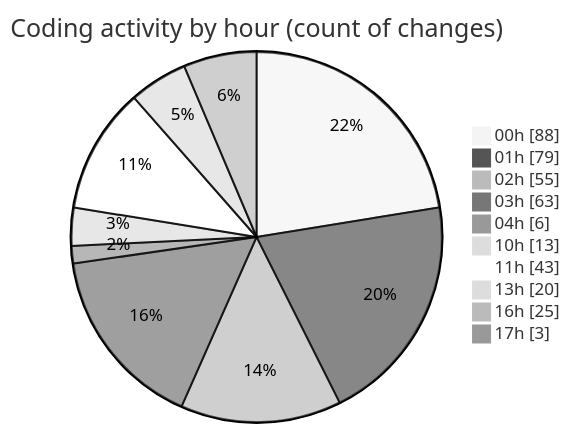
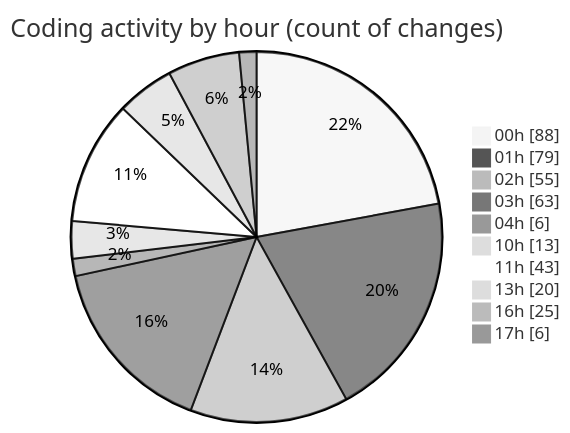
The second of 2 diagrams in 2025-08-16/rentotp/README.md (lephambinh05/code-tracking), drawn with Mermaid (neutral theme) before and after one commit. The commit also changed other lines of this file and 1 other file, not shown here.

````diff
--- a/2025-08-16/rentotp/README.md
+++ b/2025-08-16/rentotp/README.md
@@ -97,14 +98,14 @@
 ```mermaid
 pie showData
 title Coding activity by hour (count of changes)
 "00h" : 88
 "01h" : 79
 "02h" : 55
 "03h" : 63
 "04h" : 6
 "10h" : 13
 "11h" : 43
 "13h" : 20
 "16h" : 25
-"17h" : 3
+"17h" : 6
 ```
````
